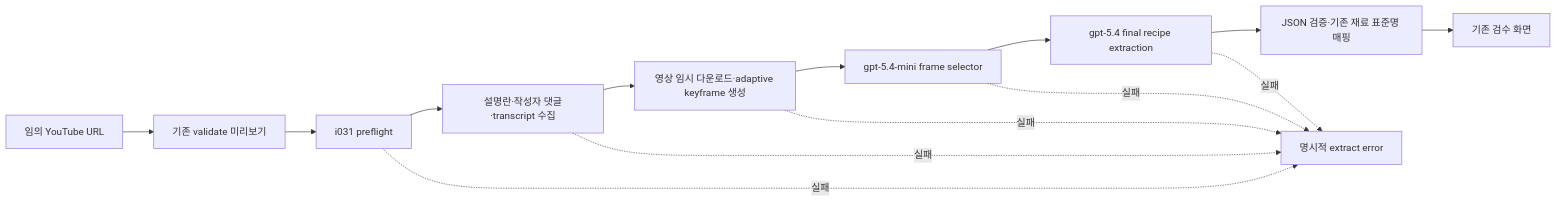
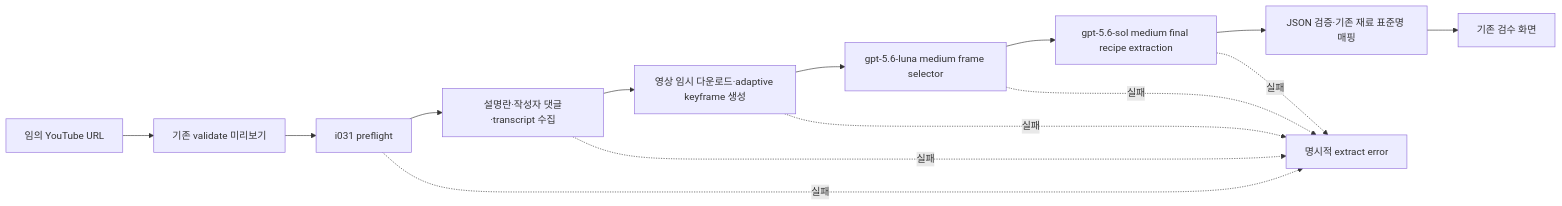
One commit to netsus/homecook changed the third of 5 diagrams in docs/유저flow맵-v1.3.38.md. Above: the diagram before and after it, drawn with Mermaid. The commit also changed 18 other files, not shown here.

First line of the commit message:
Preserve the deployed Luna Sol extraction contract

````diff
--- a/docs/유저flow맵-v1.3.38.md
+++ b/docs/유저flow맵-v1.3.38.md
@@ -453,16 +453,16 @@
 ```mermaid
 flowchart LR
   A["임의 YouTube URL"] --> B["기존 validate 미리보기"]
   B --> C["i031 preflight"]
   C --> D["설명란·작성자 댓글·transcript 수집"]
   D --> E["영상 임시 다운로드·adaptive keyframe 생성"]
-  E --> F["gpt-5.4-mini frame selector"]
-  F --> G["gpt-5.4 final recipe extraction"]
+  E --> F["gpt-5.6-luna medium frame selector"]
+  F --> G["gpt-5.6-sol medium final recipe extraction"]
   G --> H["JSON 검증·기존 재료 표준명 매핑"]
   H --> I["기존 검수 화면"]
   C -. 실패 .-> X["명시적 extract error"]
   D -. 실패 .-> X
   E -. 실패 .-> X
   F -. 실패 .-> X
   G -. 실패 .-> X
 ```
````
